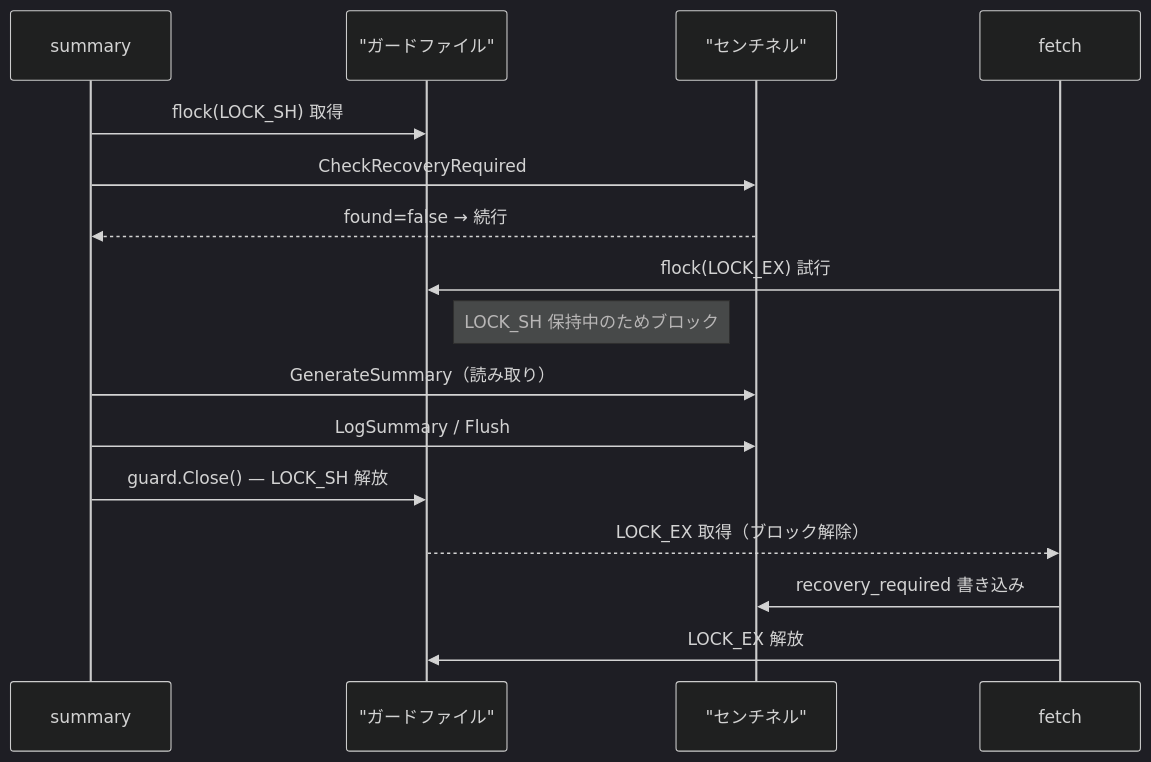
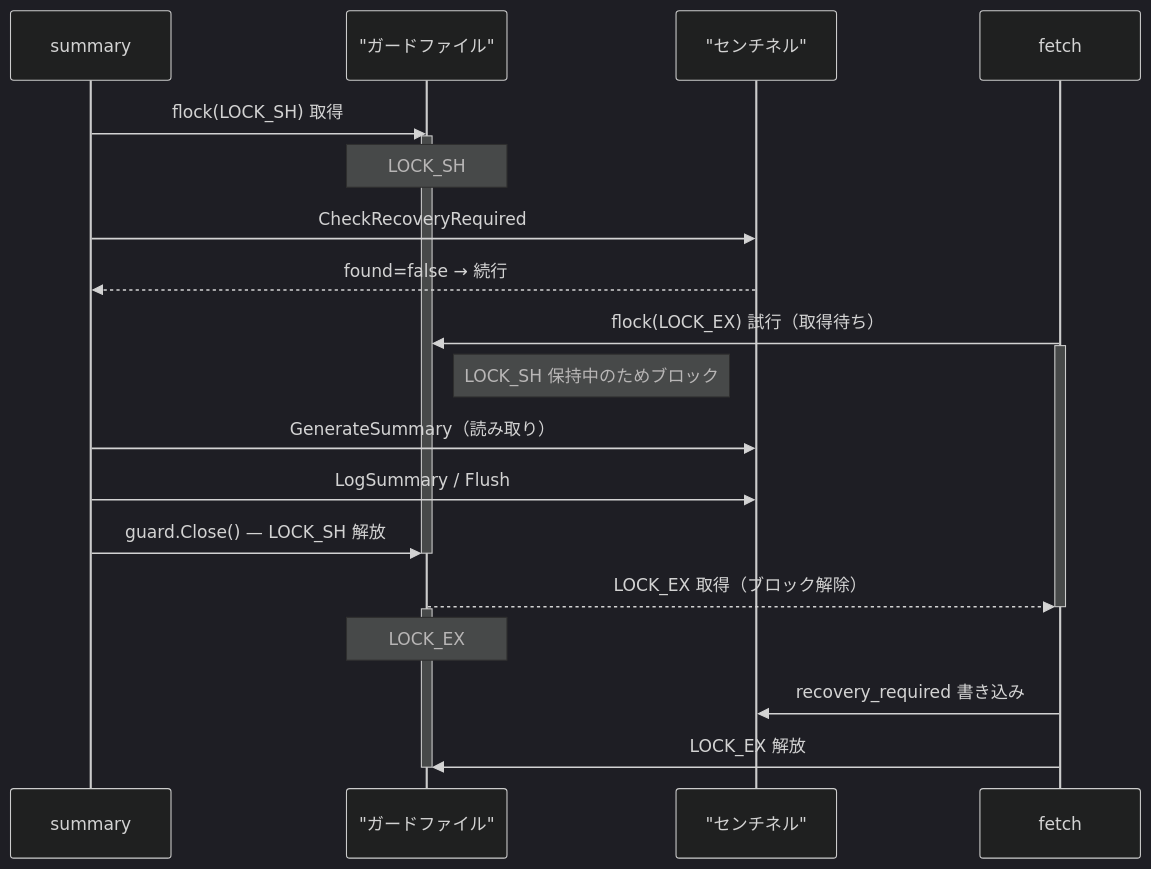
One commit to isseis/tlsrpt-digest changed the second of 2 diagrams in docs/dev/developer_guide/process_locking.ja.md. Above: the diagram before and after it, drawn with Mermaid (dark theme).

Commit message:
docs(dev-guide): annotate lock periods on guard file lifeline in §3.3 diagram
- activate/deactivate G to show LOCK_SH and LOCK_EX holding periods
  as bars on the guard file's vertical lifeline
- Note over G: LOCK_SH / LOCK_EX to label each period
- activate/deactivate F to show fetch's blocking period while waiting
  for LOCK_EX acquisition

````diff
--- a/docs/dev/developer_guide/process_locking.ja.md
+++ b/docs/dev/developer_guide/process_locking.ja.md
@@ -140,22 +140,30 @@
 ```mermaid
 sequenceDiagram
     participant S as summary
     participant G as "ガードファイル"
     participant Sen as "センチネル"
     participant F as fetch
 
     S->>G: flock(LOCK_SH) 取得
+    activate G
+    Note over G: LOCK_SH
     S->>Sen: CheckRecoveryRequired
     Sen-->>S: found=false → 続行
 
-    F->>G: flock(LOCK_EX) 試行
+    F->>G: flock(LOCK_EX) 試行（取得待ち）
+    activate F
     Note right of G: LOCK_SH 保持中のためブロック
 
     S->>Sen: GenerateSummary（読み取り）
     S->>Sen: LogSummary / Flush
     S->>G: guard.Close() — LOCK_SH 解放
+    deactivate G
 
     G-->>F: LOCK_EX 取得（ブロック解除）
+    deactivate F
+    activate G
+    Note over G: LOCK_EX
     F->>Sen: recovery_required 書き込み
     F->>G: LOCK_EX 解放
+    deactivate G
 ```
````
